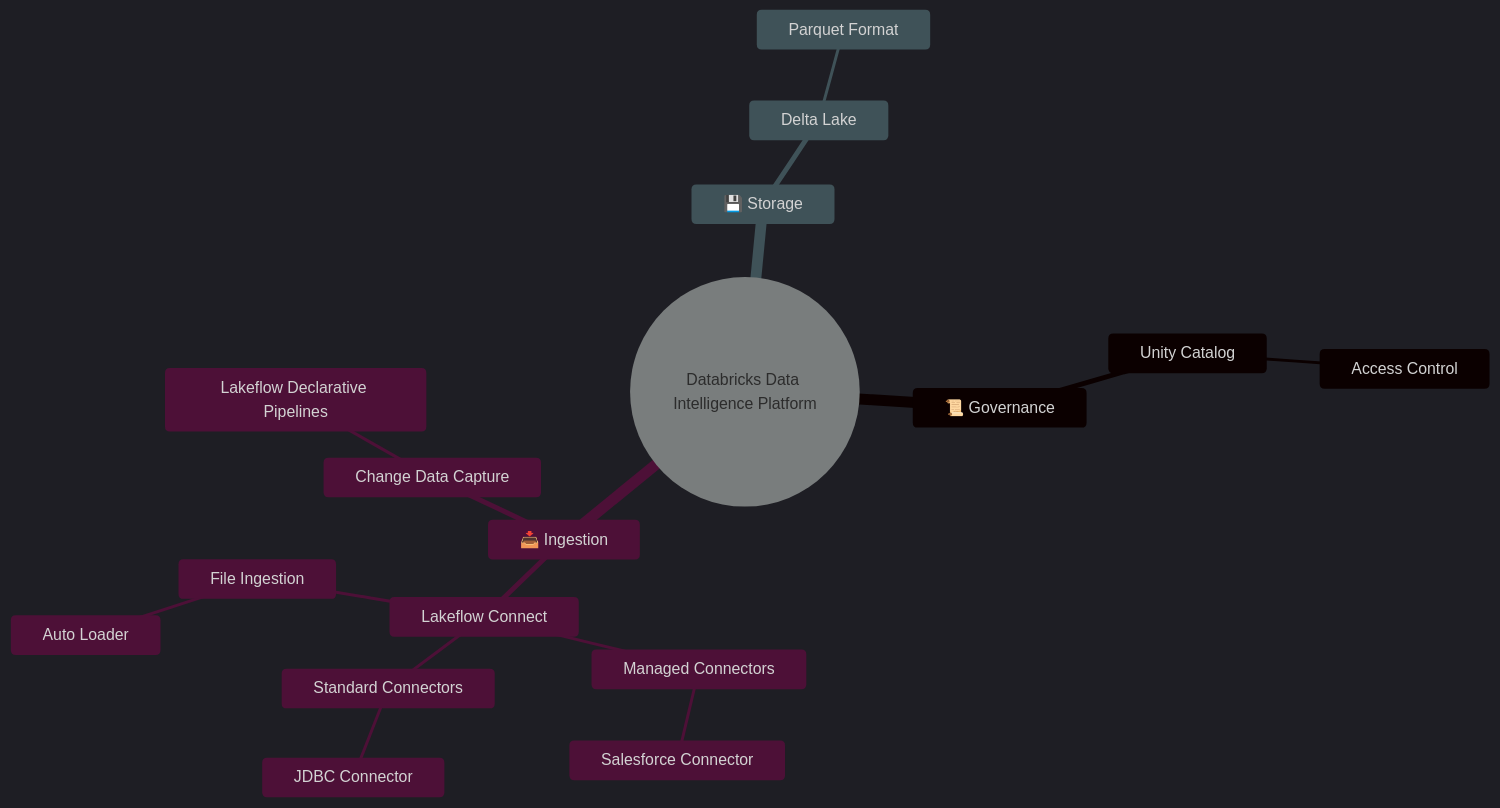
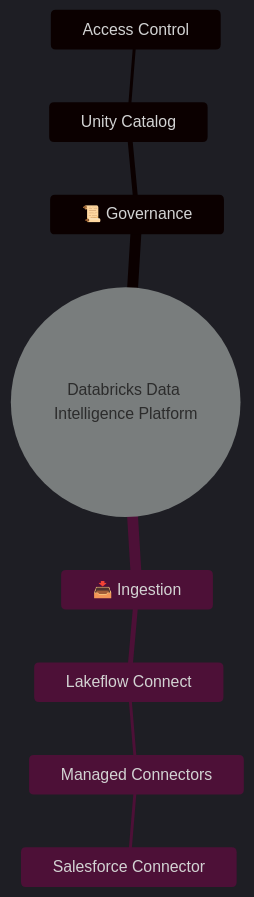
Before and after one commit to briveramelo/mermaid-diagrams: the diagram in src/diagrams/simple_mindmap.md, drawn with Mermaid. The commit also changed 7 other files, not shown here.

````diff
--- a/src/diagrams/simple_mindmap.md
+++ b/src/diagrams/simple_mindmap.md
@@ -1,34 +1,25 @@
 ```mermaid
 ---
 config:
   theme: dark
   mindmap:
     useMaxWidth: true
     branchSpacing: 40
     leafSpacing: 20
     padding: 16
   themeVariables:
     lineColor: "#9CA3AF"
     textColor: "#E5E7EB"
     fontSize: 16px
 ---
 
 mindmap
   root((Databricks Data Intelligence Platform))
     📜 Governance
       Unity Catalog
         Access Control
     📥 Ingestion
       Lakeflow Connect
         Managed Connectors
           Salesforce Connector
-        Standard Connectors
-          JDBC Connector
-        File Ingestion
-          Auto Loader
-      Change Data Capture
-        Lakeflow Declarative Pipelines
-    💾 Storage
-      Delta Lake
-        Parquet Format
 ```
````
